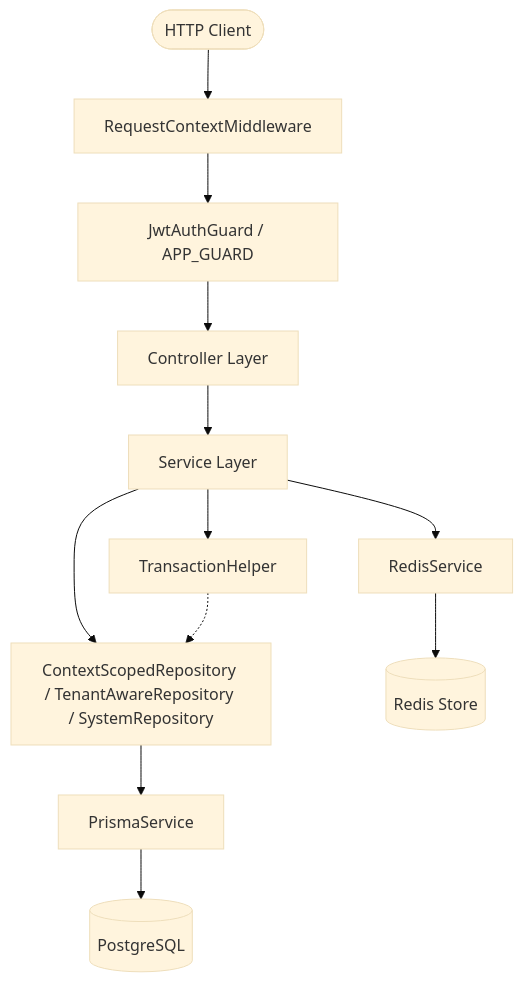
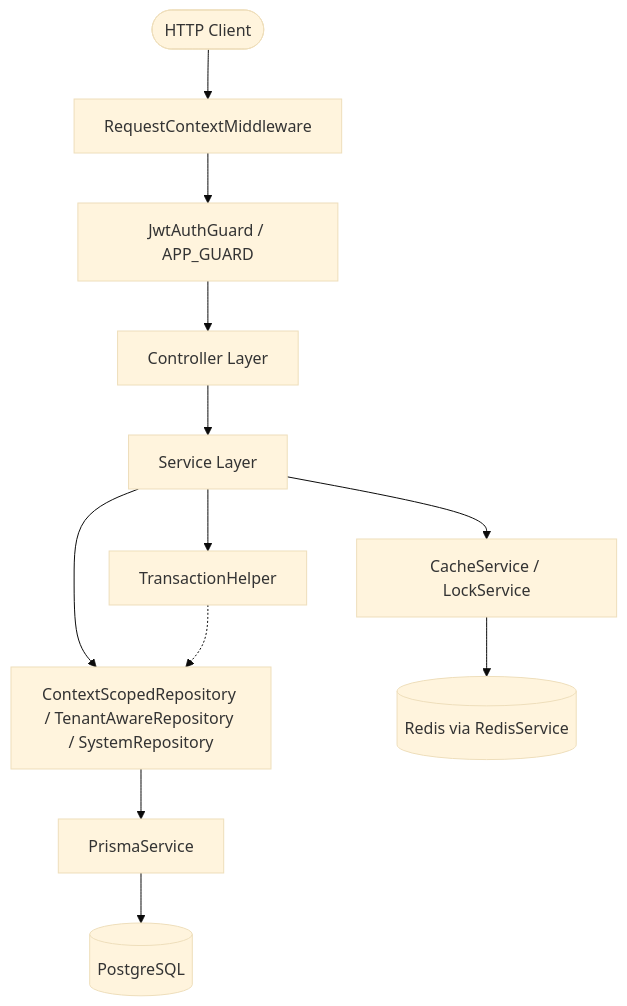
The first of 2 diagrams in role.md (AyhamAm10/SaaS-Institute-Platform-Backend), drawn with Mermaid (base theme) before and after one commit. The commit also changed other lines of this file and 226 other files, not shown here.

Commit message:
feat: initialize backend architecture with core modules, database schema, and infrastructure services

````diff
--- a/role.md
+++ b/role.md
@@ -34,14 +34,14 @@
 ```mermaid
 graph TD
     Client([HTTP Client]) --> MW[RequestContextMiddleware]
     MW --> Guard[JwtAuthGuard / APP_GUARD]
     Guard --> Ctrl[Controller Layer]
     Ctrl --> Svc[Service Layer]
     Svc --> Tx[TransactionHelper]
     Svc --> Repo[ContextScopedRepository / TenantAwareRepository / SystemRepository]
     Tx -.-> Repo
     Repo --> PS[PrismaService]
     PS --> DB[(PostgreSQL)]
-    Svc --> Red[RedisService]
-    Red --> RDB[(Redis Store)]
+    Svc --> Red[CacheService / LockService]
+    Red --> RDB[(Redis via RedisService)]
 ```
````
